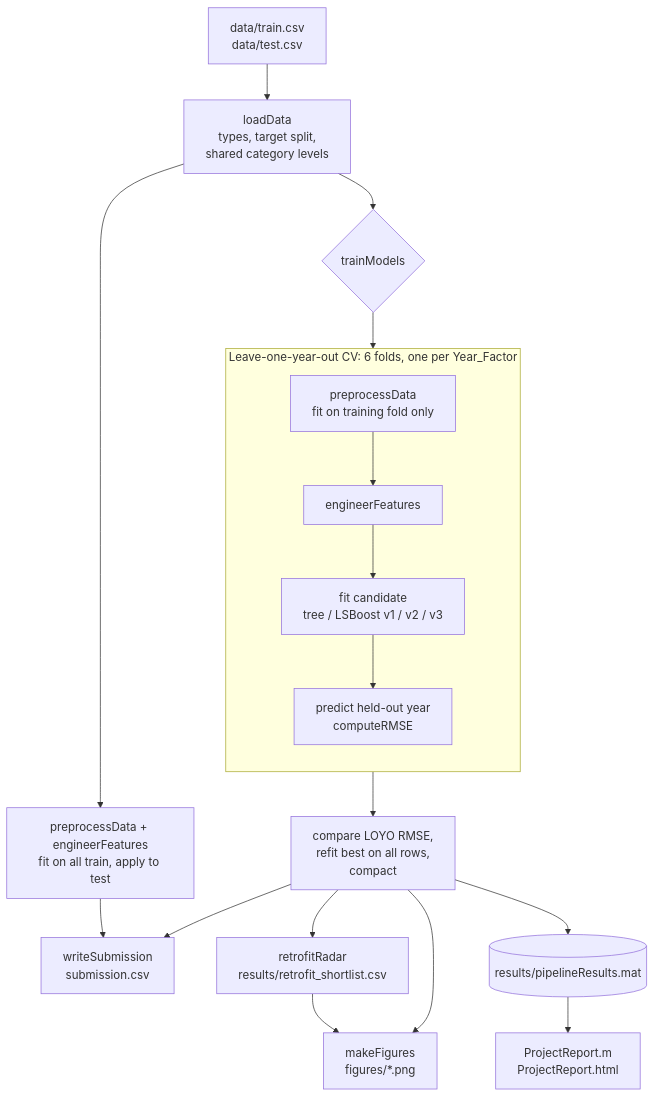
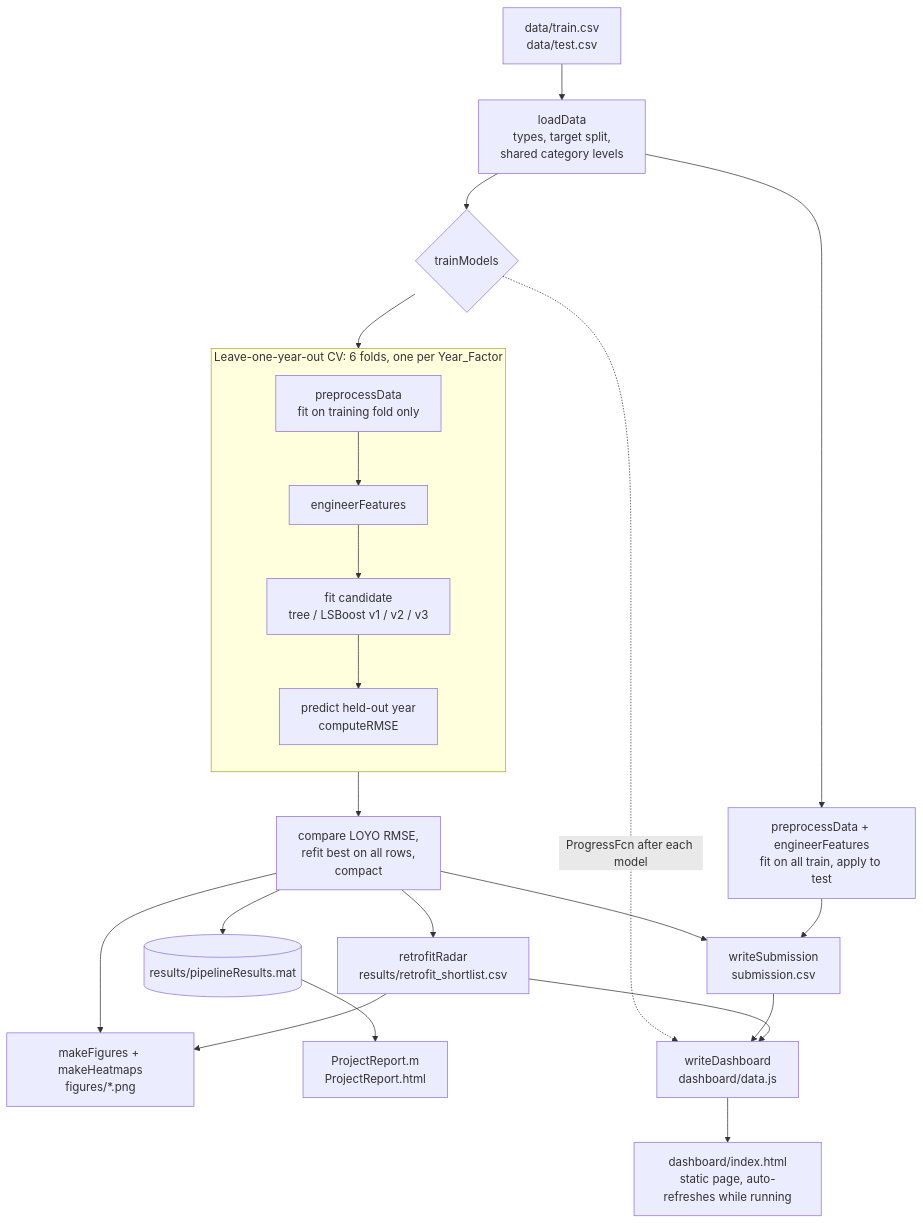
The diagram in ARCHITECTURE.md (Roh00t/MatrixNotFound), drawn with Mermaid before and after one commit. The commit also changed other lines of this file and 41 other files, not shown here.

````diff
--- a/ARCHITECTURE.md
+++ b/ARCHITECTURE.md
@@ -7,21 +9,25 @@
 ```mermaid
 flowchart TD
     A[data/train.csv<br/>data/test.csv] --> B[loadData<br/>types, target split,<br/>shared category levels]
     B --> C{trainModels}
     subgraph CV [Leave-one-year-out CV: 6 folds, one per Year_Factor]
         direction TB
         D[preprocessData<br/>fit on training fold only] --> E[engineerFeatures]
         E --> F[fit candidate<br/>tree / LSBoost v1 / v2 / v3]
         F --> G[predict held-out year<br/>computeRMSE]
     end
     C --> CV
     CV --> H[compare LOYO RMSE,<br/>refit best on all rows,<br/>compact]
     B --> I[preprocessData + engineerFeatures<br/>fit on all train, apply to test]
     H --> J[writeSubmission<br/>submission.csv]
     I --> J
     H --> K[retrofitRadar<br/>results/retrofit_shortlist.csv]
-    H --> L[makeFigures<br/>figures/*.png]
+    H --> L[makeFigures + makeHeatmaps<br/>figures/*.png]
     K --> L
     H --> M[(results/pipelineResults.mat)]
     M --> N[ProjectReport.m<br/>ProjectReport.html]
+    C -. ProgressFcn after each model .-> P[writeDashboard<br/>dashboard/data.js]
+    J --> P
+    K --> P
+    P --> Q[dashboard/index.html<br/>static page, auto-refreshes while running]
 ```
````
